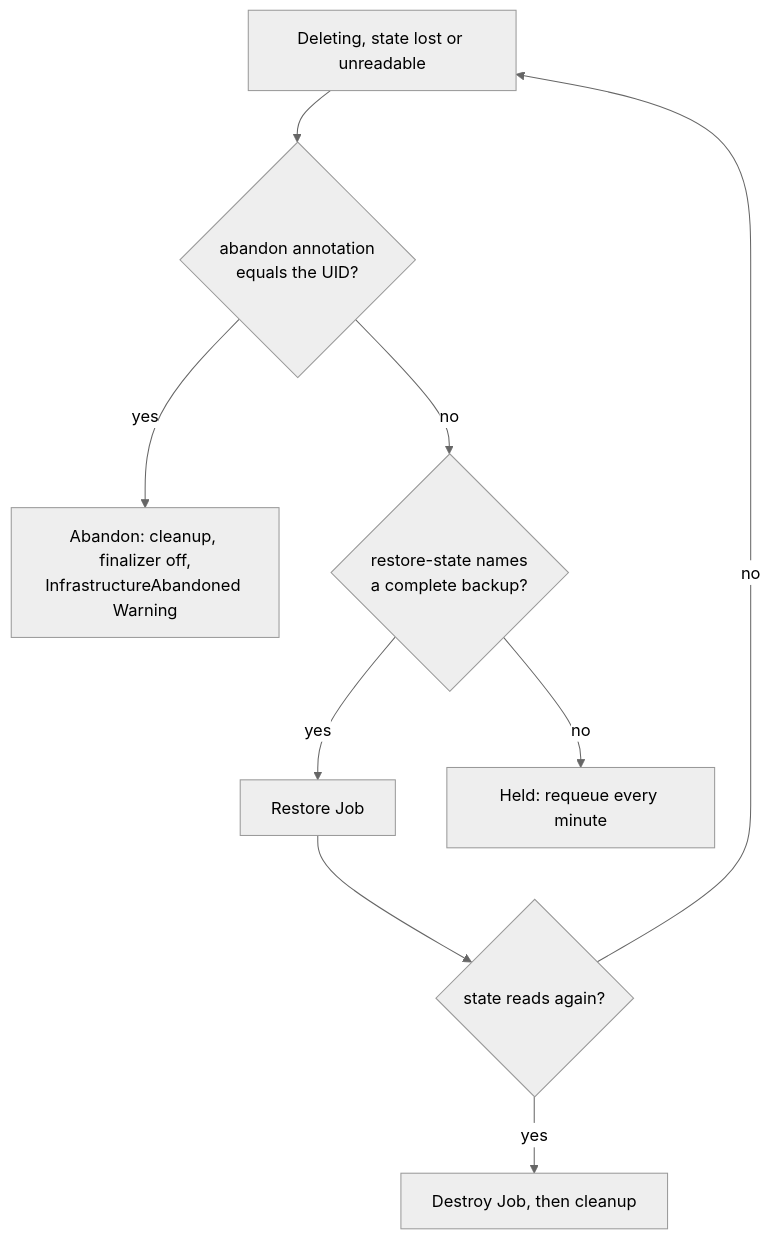
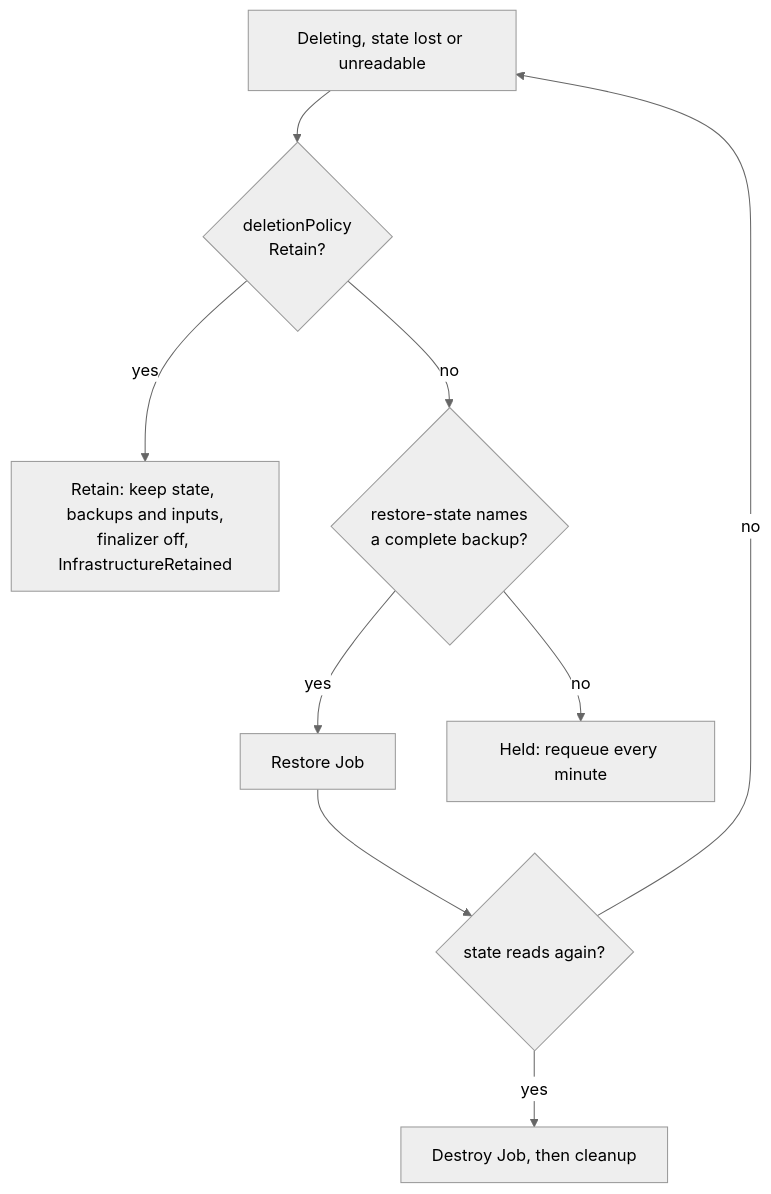
The diagram in docs/docs/concepts/deletion/held.md (captf-io/captf-io.github.io), drawn with Mermaid (neutral theme) before and after one commit. The commit also changed other lines of this file and 43 other files, not shown here.

First line of the commit message:
docs: document deletionPolicy and inheritance

````diff
--- a/docs/docs/concepts/deletion/held.md
+++ b/docs/docs/concepts/deletion/held.md
@@ -69,11 +70,11 @@
 ```mermaid
 flowchart TD
-    A[Deleting, state lost or unreadable] --> B{abandon annotation<br/>equals the UID?}
-    B -- yes --> X[Abandon: cleanup, finalizer off,<br/>InfrastructureAbandoned Warning]
+    A[Deleting, state lost or unreadable] --> B{deletionPolicy<br/>Retain?}
+    B -- yes --> X[Retain: keep state, backups and inputs,<br/>finalizer off, InfrastructureRetained]
     B -- no --> C{restore-state names<br/>a complete backup?}
     C -- yes --> R[Restore Job]
     R --> S{state reads again?}
     S -- yes --> D[Destroy Job, then cleanup]
     S -- no --> A
     C -- no --> H[Held: requeue every minute]
 ```
````
